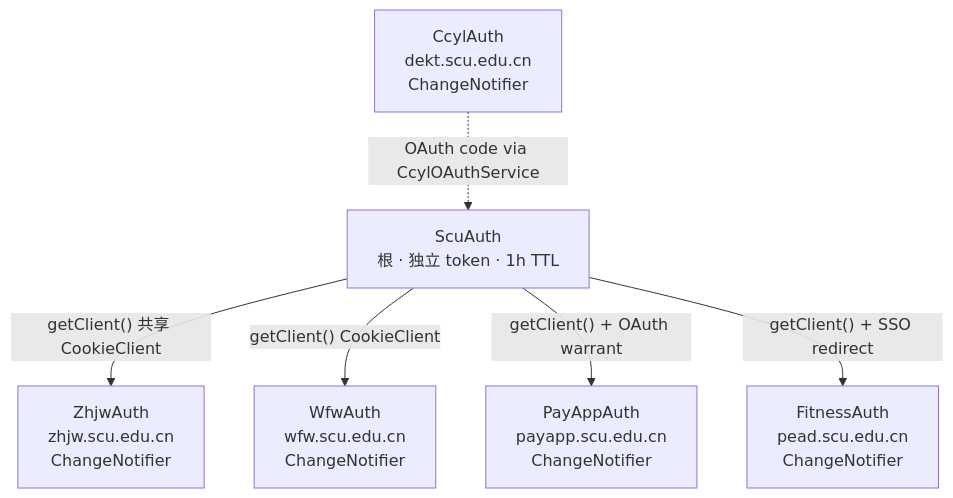
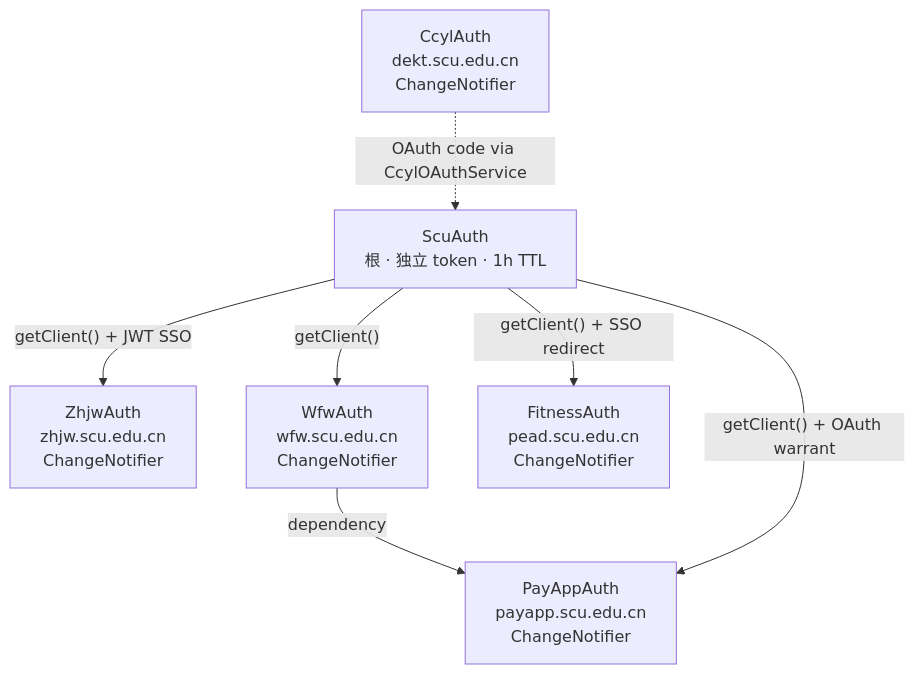
One commit to The-Brotherhood-of-SCU/Bugaoshan changed the second of 7 diagrams in docs/decisions/auth-architecture.md. Above: the diagram before and after it, drawn with Mermaid. The commit also changed other lines of this file and 20 other files, not shown here.

````diff
--- a/docs/decisions/auth-architecture.md
+++ b/docs/decisions/auth-architecture.md
@@ -130,16 +154,17 @@
 ```mermaid
 graph TD
     SCU["ScuAuth<br/>根 · 独立 token · 1h TTL"]
 
     ZHJW["ZhjwAuth<br/>zhjw.scu.edu.cn<br/>ChangeNotifier"]
     WFW["WfwAuth<br/>wfw.scu.edu.cn<br/>ChangeNotifier"]
     PAY["PayAppAuth<br/>payapp.scu.edu.cn<br/>ChangeNotifier"]
     FIT["FitnessAuth<br/>pead.scu.edu.cn<br/>ChangeNotifier"]
     CCYL["CcylAuth<br/>dekt.scu.edu.cn<br/>ChangeNotifier"]
 
-    SCU -->|"getClient() 共享 CookieClient"| ZHJW
-    SCU -->|"getClient() CookieClient"| WFW
+    SCU -->|"getClient() + JWT SSO"| ZHJW
+    SCU -->|"getClient()"| WFW
+    WFW -->|"dependency"| PAY
     SCU -->|"getClient() + OAuth warrant"| PAY
     SCU -->|"getClient() + SSO redirect"| FIT
     CCYL -.->|"OAuth code via CcylOAuthService"| SCU
 ```
````
